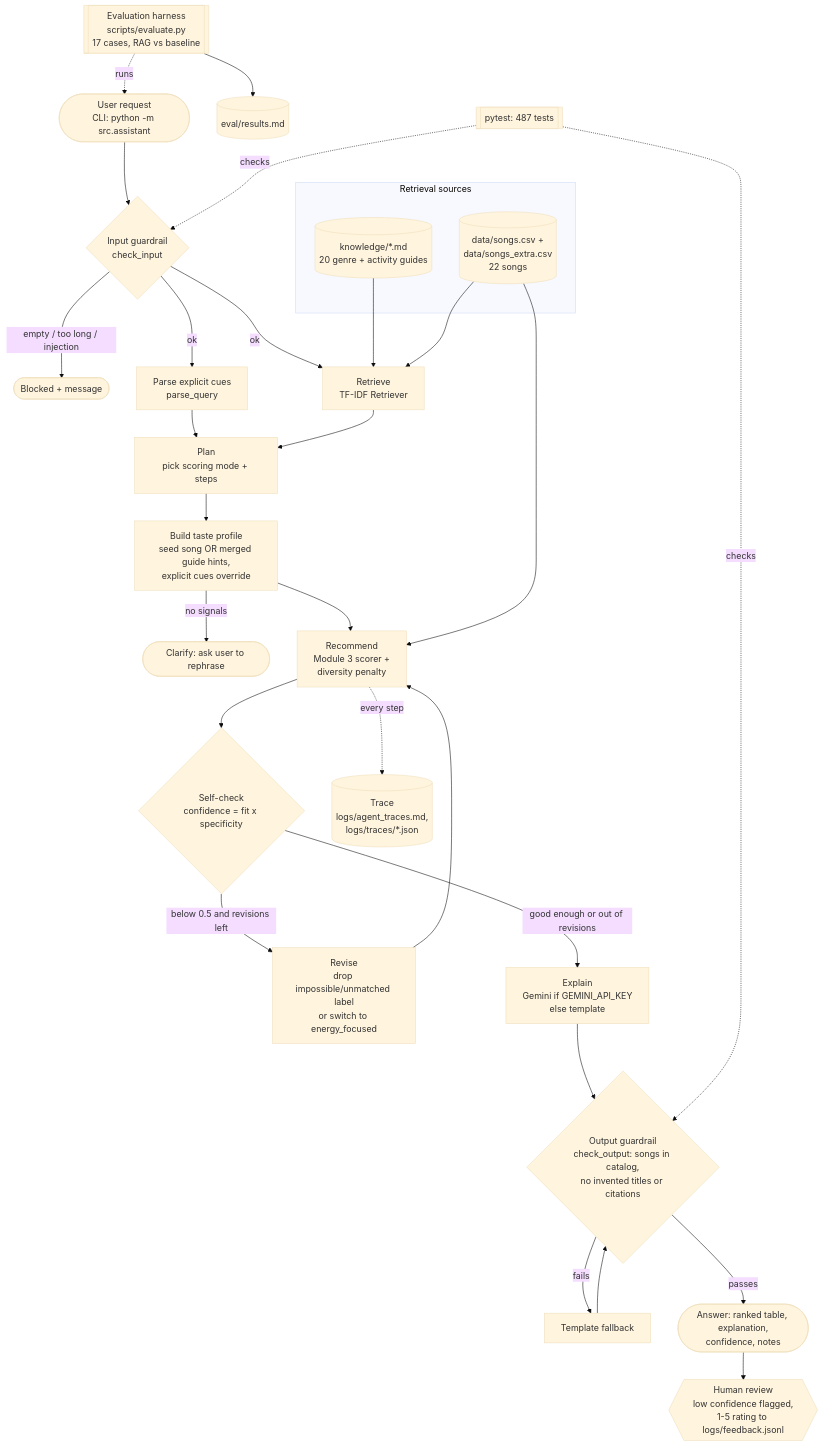
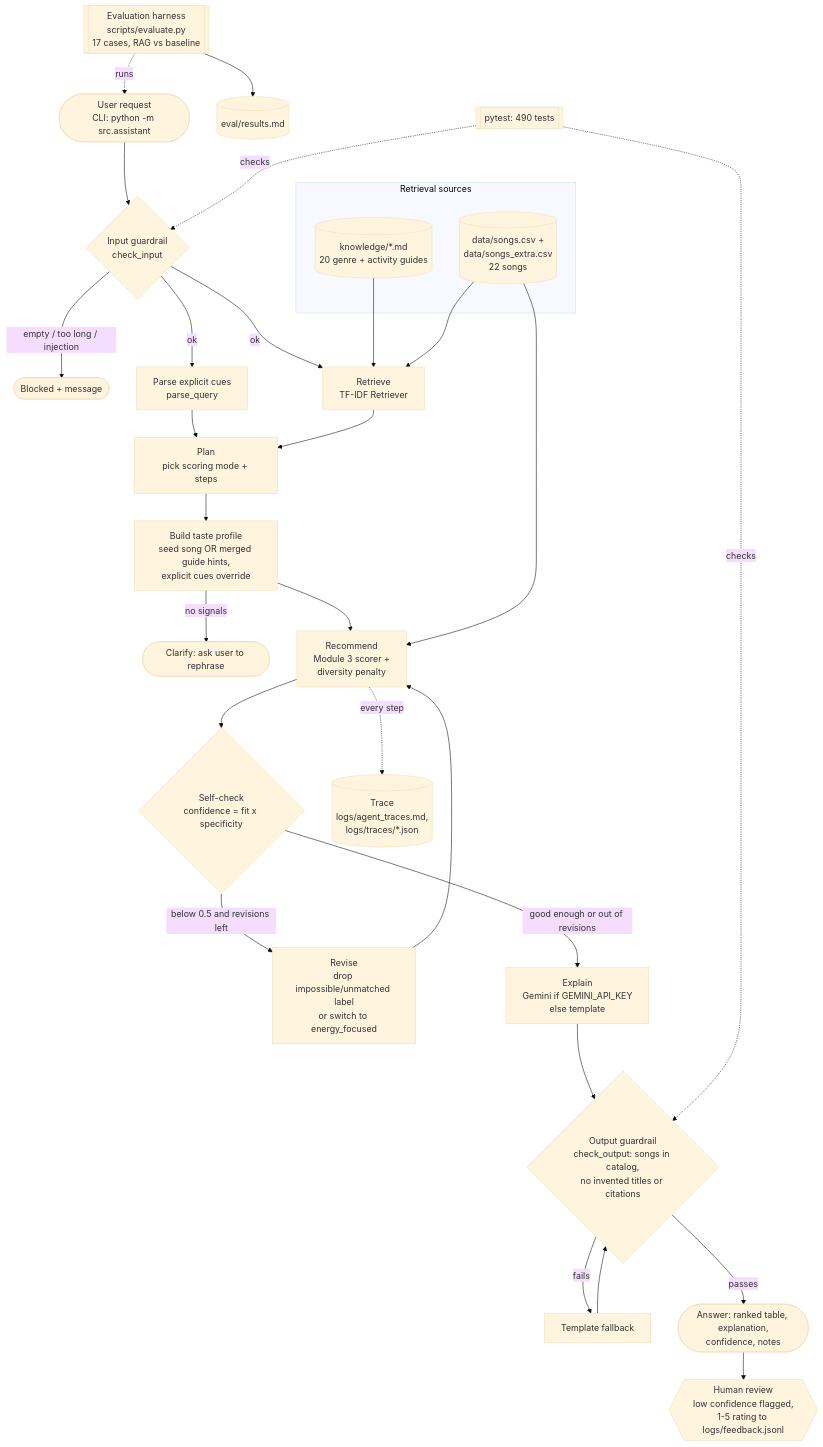
One commit to EnigmaEngineer/vibefinder-ai changed the diagram in diagrams/architecture.mmd. Above: the diagram before and after it, drawn with Mermaid (base theme). The commit also changed 3 other files, not shown here.

```diff
--- a/diagrams/architecture.mmd
+++ b/diagrams/architecture.mmd
@@ -1,36 +1,36 @@
 %% VibeFinder 2.0 architecture. Every box maps to code:
 %% src/guardrails.py, src/query_parser.py, src/retriever.py, src/agent.py,
 %% src/recommender.py (Module 3 engine), src/explainer.py, scripts/evaluate.py
 flowchart TD
     U([User request<br/>CLI: python -m src.assistant]) --> IG{Input guardrail<br/>check_input}
     IG -- "empty / too long / injection" --> BLK([Blocked + message])
     IG -- ok --> P[Parse explicit cues<br/>parse_query]
     IG -- ok --> R[Retrieve<br/>TF-IDF Retriever]
 
     subgraph Sources [Retrieval sources]
         KB[(knowledge/*.md<br/>20 genre + activity guides)]
         CAT[(data/songs.csv +<br/>data/songs_extra.csv<br/>22 songs)]
     end
     KB --> R
     CAT --> R
 
     P --> PL[Plan<br/>pick scoring mode + steps]
     R --> PL
     PL --> BP[Build taste profile<br/>seed song OR merged guide hints,<br/>explicit cues override]
     BP -- "no signals" --> CL([Clarify: ask user to rephrase])
     BP --> REC[Recommend<br/>Module 3 scorer +<br/>diversity penalty]
     CAT --> REC
     REC --> SC{Self-check<br/>confidence = fit x specificity}
     SC -- "below 0.5 and revisions left" --> RV[Revise<br/>drop impossible/unmatched label<br/>or switch to energy_focused]
     RV --> REC
     SC -- "good enough or out of revisions" --> EX[Explain<br/>Gemini if GEMINI_API_KEY<br/>else template]
     EX --> OG{Output guardrail<br/>check_output: songs in catalog,<br/>no invented titles or citations}
     OG -- "fails" --> TF[Template fallback] --> OG
     OG -- passes --> OUT([Answer: ranked table, explanation,<br/>confidence, notes])
     OUT --> HR{{Human review<br/>low confidence flagged,<br/>1-5 rating to logs/feedback.jsonl}}
 
     REC -. every step .-> TR[(Trace<br/>logs/agent_traces.md,<br/>logs/traces/*.json)]
     EV[[Evaluation harness<br/>scripts/evaluate.py<br/>17 cases, RAG vs baseline]] -. runs .-> U
     EV --> RES[(eval/results.md)]
-    TESTS[[pytest: 487 tests]] -. checks .-> IG
+    TESTS[[pytest: 490 tests]] -. checks .-> IG
     TESTS -. checks .-> OG
```
